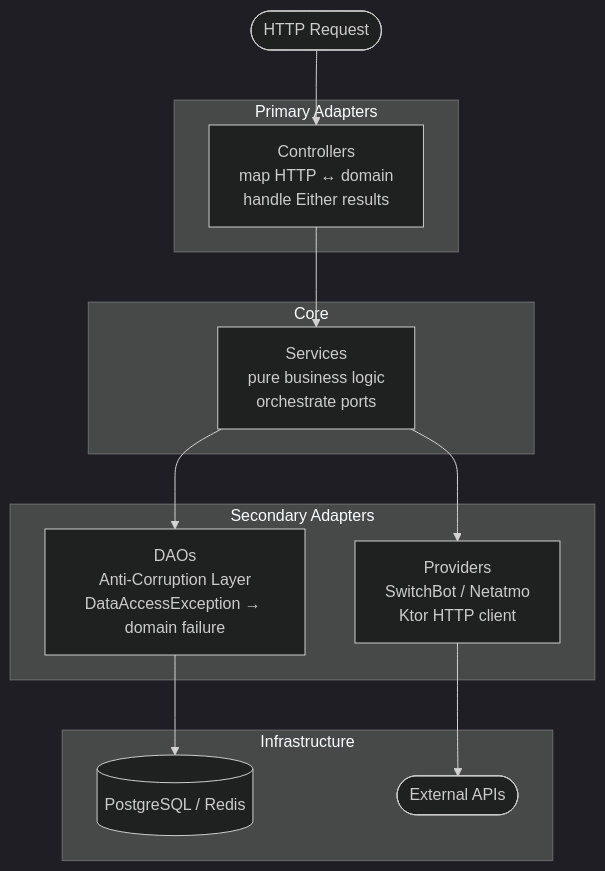
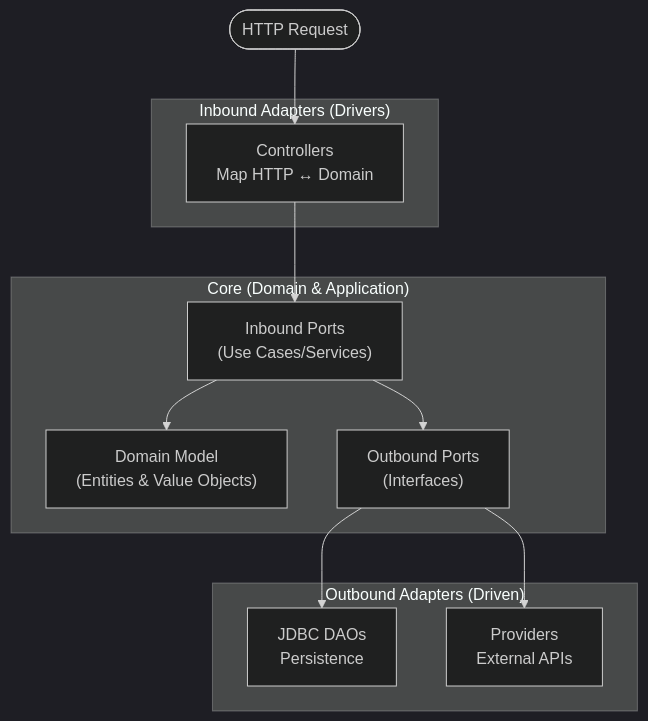
Before and after one commit to AGRFesta/smart-home-api: the diagram in docs/ARCHITECTURE.md, drawn with Mermaid (dark theme). The commit also changed other lines of this file and 2 other files, not shown here.

````diff
--- a/docs/ARCHITECTURE.md
+++ b/docs/ARCHITECTURE.md
@@ -30,29 +12,26 @@
 ```mermaid
 flowchart TD
     HTTP(["HTTP Request"])
 
-    subgraph primary["Primary Adapters"]
-        C["Controllers\nmap HTTP ↔ domain\nhandle Either results"]
+    subgraph inbound_adapters["Inbound Adapters (Drivers)"]
+        C["Controllers\nMap HTTP ↔ Domain"]
     end
 
-    subgraph core["Core"]
-        S["Services\npure business logic\norchestrate ports"]
+    subgraph core["Core (Domain & Application)"]
+        IP["Inbound Ports\n(Use Cases/Services)"]
+        D["Domain Model\n(Entities & Value Objects)"]
+        OP["Outbound Ports\n(Interfaces)"]
     end
 
-    subgraph secondary["Secondary Adapters"]
-        D["DAOs\nAnti-Corruption Layer\nDataAccessException → domain failure"]
-        P["Providers\nSwitchBot / Netatmo\nKtor HTTP client"]
-    end
-
-    subgraph infra["Infrastructure"]
-        DB[("PostgreSQL / Redis")]
-        EXT(["External APIs"])
+    subgraph outbound_adapters["Outbound Adapters (Driven)"]
+        DAO["JDBC DAOs\nPersistence"]
+        P["Providers\nExternal APIs"]
     end
 
     HTTP --> C
-    C --> S
-    S --> D
-    S --> P
-    D --> DB
-    P --> EXT
+    C --> IP
+    IP --> D
+    IP --> OP
+    OP --> DAO
+    OP --> P
 ```
````
